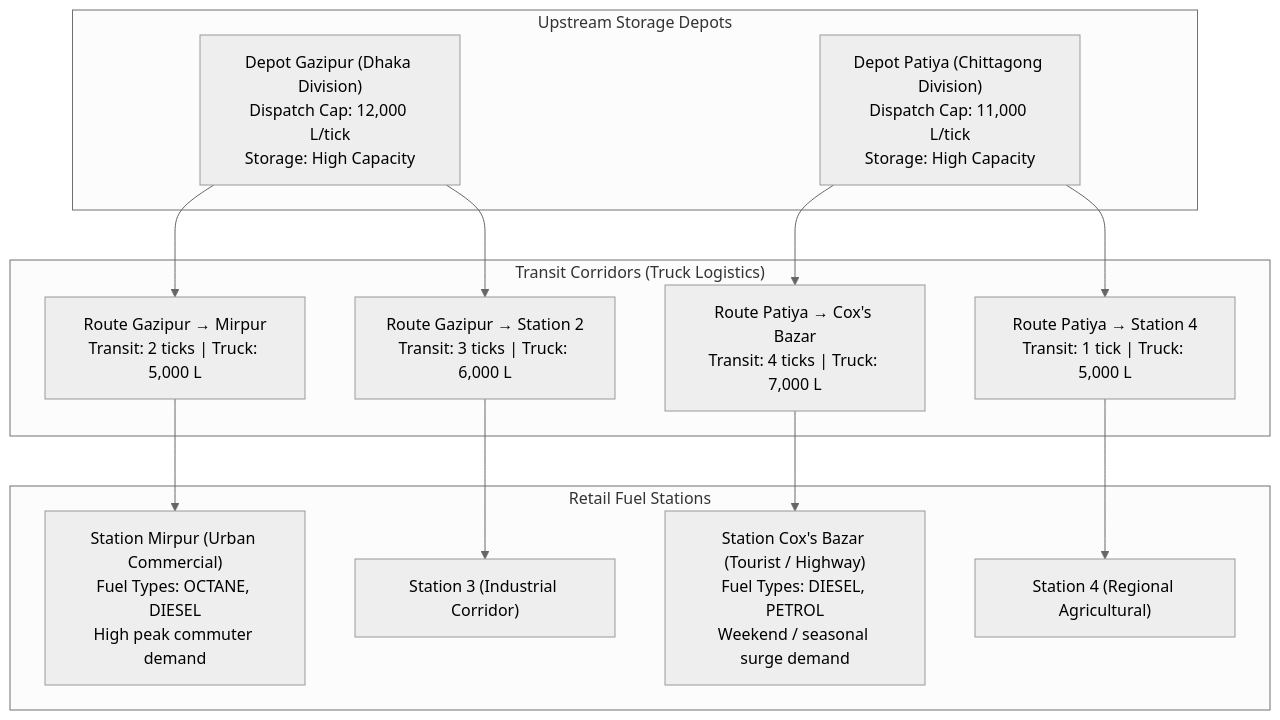
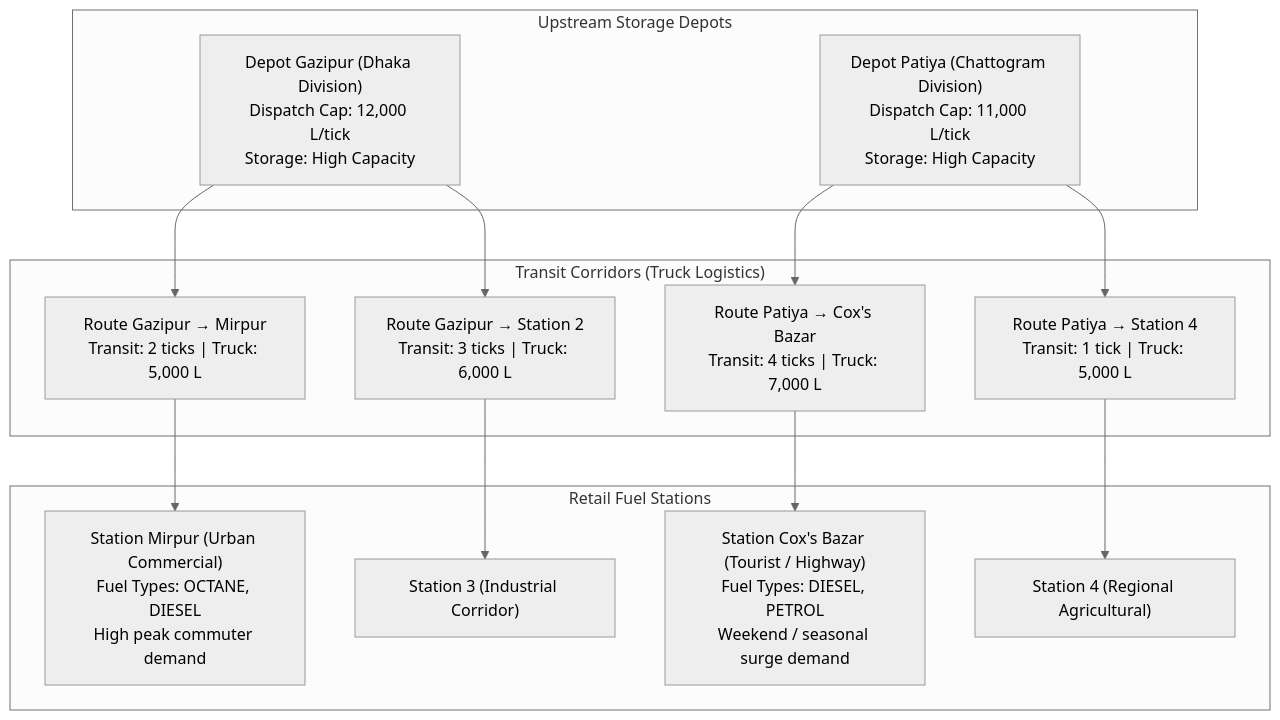
Before and after one commit to thunderstorm009/fuel_simulator: the first of 2 diagrams in docs/PROBLEM-UNDERSTANDING.md, drawn with Mermaid (neutral theme). The commit also changed other lines of this file and 38 other files, not shown here.

````diff
--- a/docs/PROBLEM-UNDERSTANDING.md
+++ b/docs/PROBLEM-UNDERSTANDING.md
@@ -11,26 +11,26 @@
 ```mermaid
 graph TD
   subgraph Depots["Upstream Storage Depots"]
     DG["Depot Gazipur (Dhaka Division)<br/>Dispatch Cap: 12,000 L/tick<br/>Storage: High Capacity"]
-    DP["Depot Patiya (Chittagong Division)<br/>Dispatch Cap: 11,000 L/tick<br/>Storage: High Capacity"]
+    DP["Depot Patiya (Chattogram Division)<br/>Dispatch Cap: 11,000 L/tick<br/>Storage: High Capacity"]
   end
 
   subgraph Corridors["Transit Corridors (Truck Logistics)"]
     R1["Route Gazipur → Mirpur<br/>Transit: 2 ticks | Truck: 5,000 L"]
     R2["Route Gazipur → Station 2<br/>Transit: 3 ticks | Truck: 6,000 L"]
     R3["Route Patiya → Cox's Bazar<br/>Transit: 4 ticks | Truck: 7,000 L"]
     R4["Route Patiya → Station 4<br/>Transit: 1 tick | Truck: 5,000 L"]
   end
 
   subgraph Stations["Retail Fuel Stations"]
     SM["Station Mirpur (Urban Commercial)<br/>Fuel Types: OCTANE, DIESEL<br/>High peak commuter demand"]
     SC["Station Cox's Bazar (Tourist / Highway)<br/>Fuel Types: DIESEL, PETROL<br/>Weekend / seasonal surge demand"]
     S3["Station 3 (Industrial Corridor)"]
     S4["Station 4 (Regional Agricultural)"]
   end
 
   DG --> R1 --> SM
   DG --> R2 --> S3
   DP --> R3 --> SC
   DP --> R4 --> S4
 ```
````
